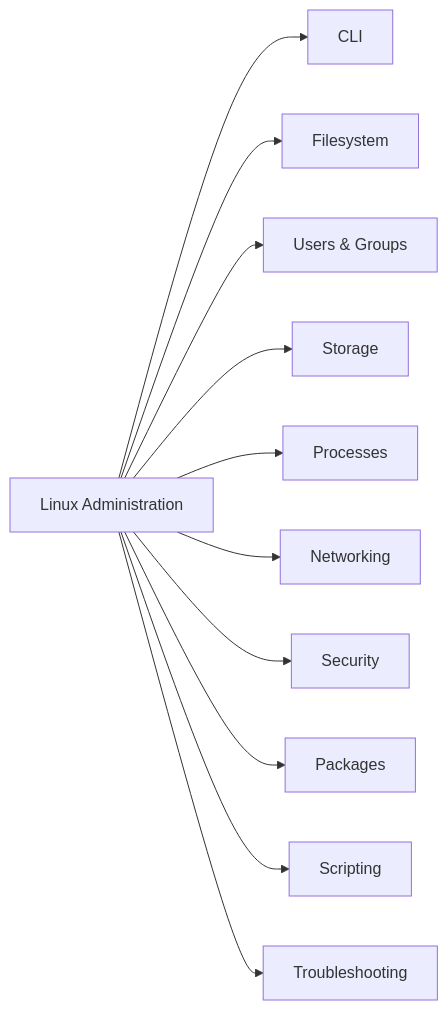
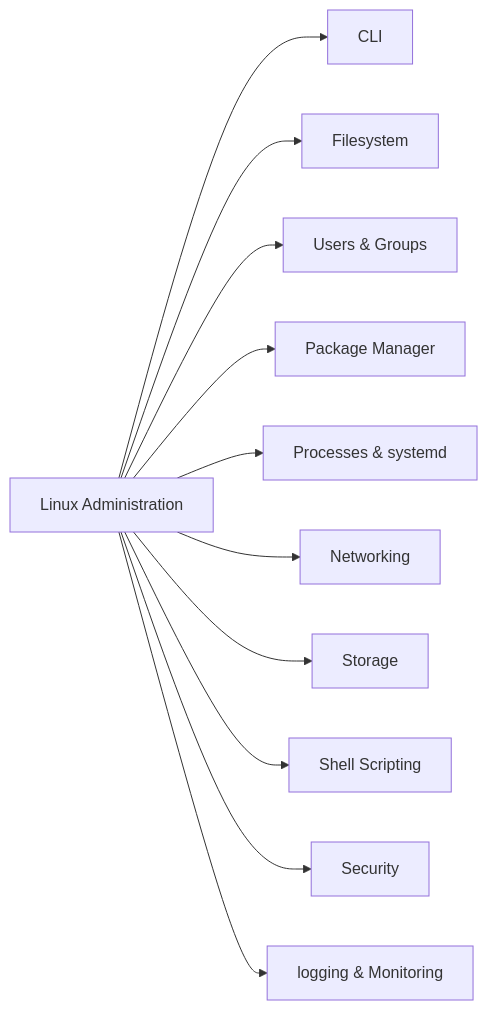
The diagram in 01-Linux/README.md (b-ShakeriFard/dev-ops), drawn with Mermaid before and after one commit.

````diff
--- a/01-Linux/README.md
+++ b/01-Linux/README.md
@@ -3,17 +3,17 @@
 ```mermaid
 flowchart LR
 
 A[Linux Administration]
 
 A --> B[CLI]
 A --> C[Filesystem]
 A --> D[Users & Groups]
-A --> E[Storage]
-A --> F[Processes]
+A --> E[Package Manager]
+A --> F[Processes & systemd]
 A --> G[Networking]
-A --> H[Security]
-A --> I[Packages]
-A --> J[Scripting]
-A --> K[Troubleshooting]
+A --> H[Storage]
+A --> I[Shell Scripting]
+A --> J[Security]
+A --> K[logging & Monitoring]
 
 ```
````
